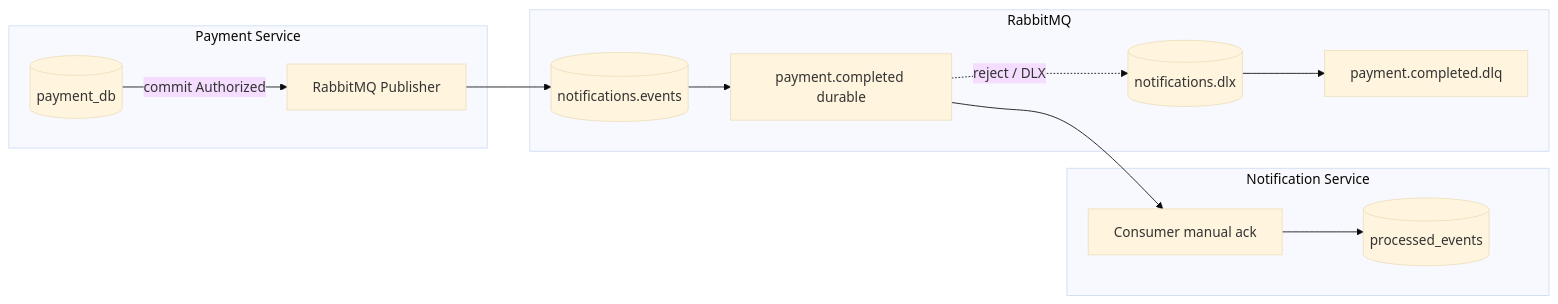
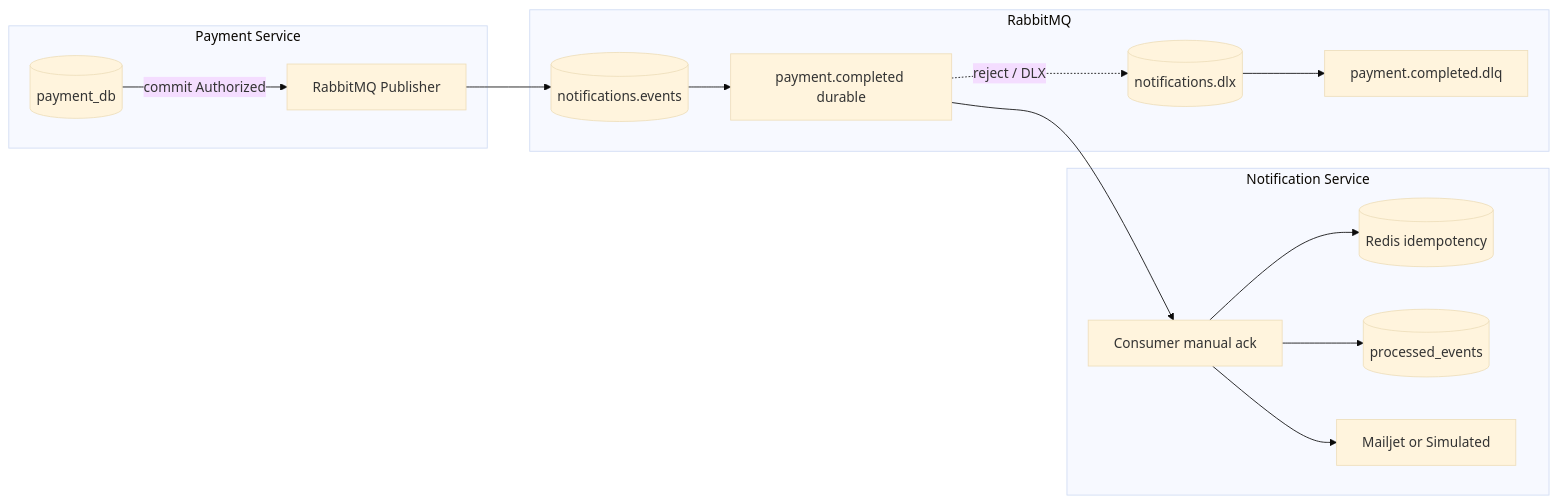
Before and after one commit to russ315/AP2_Assignment1_Bolatbekuly_Ruslan_SE-2404: the diagram in ARCHITECTURE.md, drawn with Mermaid (base theme). The commit also changed other lines of this file and 25 other files, not shown here.

````diff
--- a/ARCHITECTURE.md
+++ b/ARCHITECTURE.md
@@ -84,23 +89,27 @@
 ```mermaid
 flowchart LR
   subgraph Payment["Payment Service"]
     DB[(payment_db)]
     Pub[RabbitMQ Publisher]
     DB -->|commit Authorized| Pub
   end
   subgraph Broker["RabbitMQ"]
     X[(notifications.events)]
     Q[payment.completed durable]
     DLX[(notifications.dlx)]
     DLQ[payment.completed.dlq]
     X --> Q
     Q -.->|reject / DLX| DLX --> DLQ
   end
   subgraph Notify["Notification Service"]
     C[Consumer manual ack]
+    R[(Redis idempotency)]
     Idem[(processed_events)]
+    MJ[Mailjet or Simulated]
+    C --> R
+    C --> MJ
     C --> Idem
   end
   Pub --> X
   Q --> C
 ```
````
